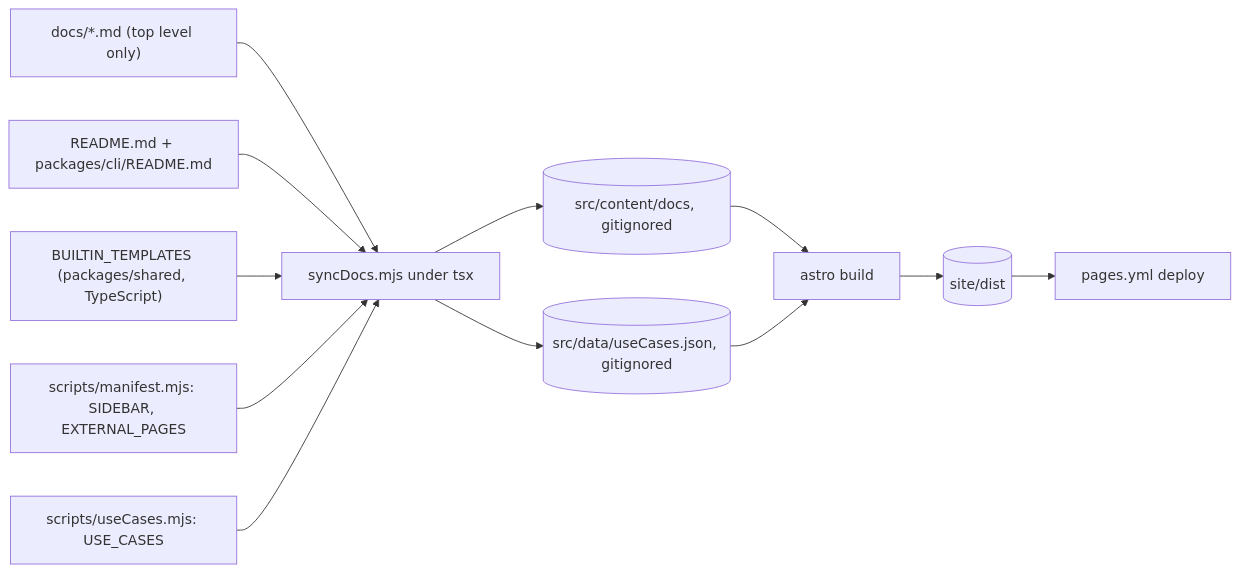
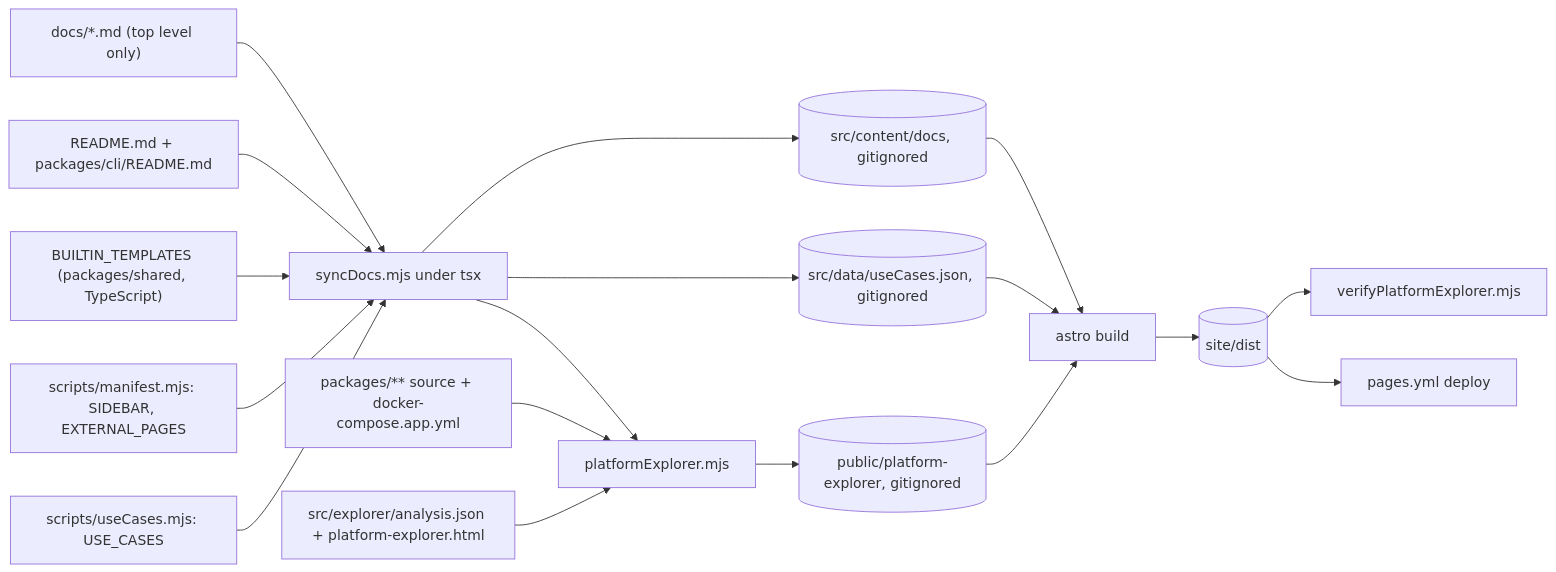
Before and after one commit to yorch/auto-swe: the second of 3 diagrams in wiki/1-repository-structure.md, drawn with Mermaid. The commit also changed other lines of this file and 28 other files, not shown here.

````diff
--- a/wiki/1-repository-structure.md
+++ b/wiki/1-repository-structure.md
@@ -202,14 +222,20 @@
 ```mermaid
 flowchart LR
     docs["docs/*.md (top level only)"] --> sync
     readme["README.md + packages/cli/README.md"] --> sync
     tpl["BUILTIN_TEMPLATES (packages/shared, TypeScript)"] --> sync
     manifest["scripts/manifest.mjs: SIDEBAR, EXTERNAL_PAGES"] --> sync
     catalogue["scripts/useCases.mjs: USE_CASES"] --> sync
+    code["packages/** source + docker-compose.app.yml"] --> explorer
+    analysis["src/explorer/analysis.json + platform-explorer.html"] --> explorer
     sync["syncDocs.mjs under tsx"] --> content[("src/content/docs, gitignored")]
     sync --> data[("src/data/useCases.json, gitignored")]
+    sync --> explorer["platformExplorer.mjs"]
+    explorer --> pub[("public/platform-explorer, gitignored")]
     content --> astro["astro build"]
     data --> astro
+    pub --> astro
     astro --> dist[("site/dist")]
+    dist --> verify["verifyPlatformExplorer.mjs"]
     dist --> pages["pages.yml deploy"]
 ```
````
